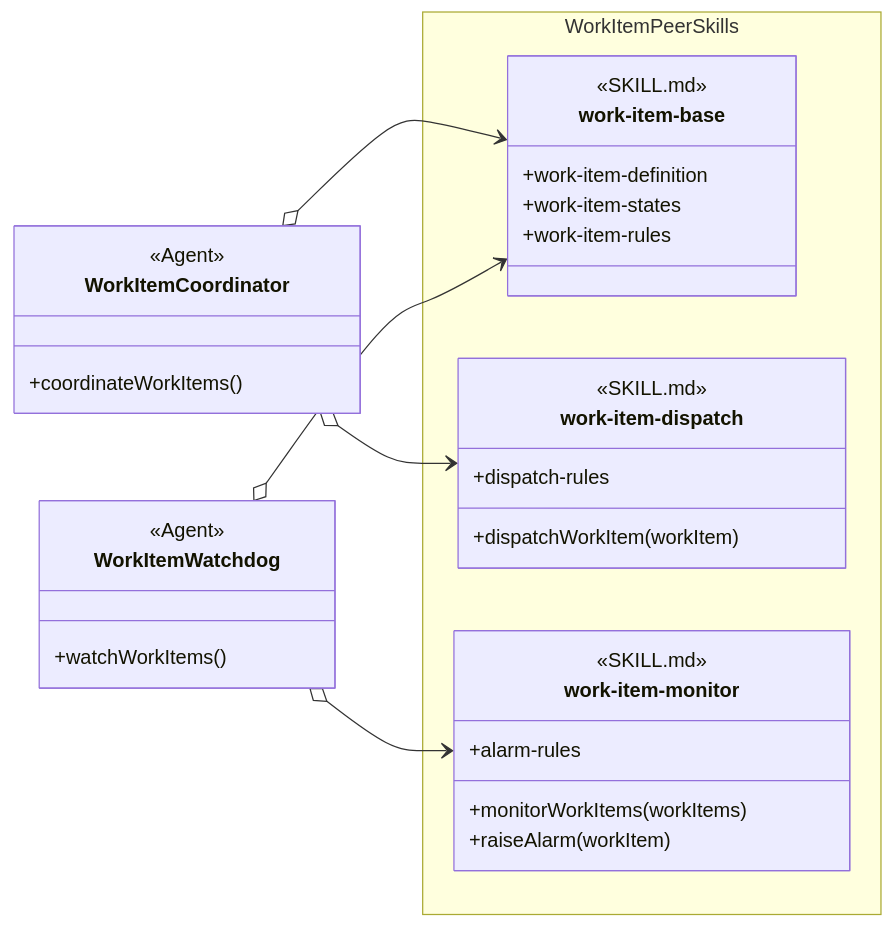
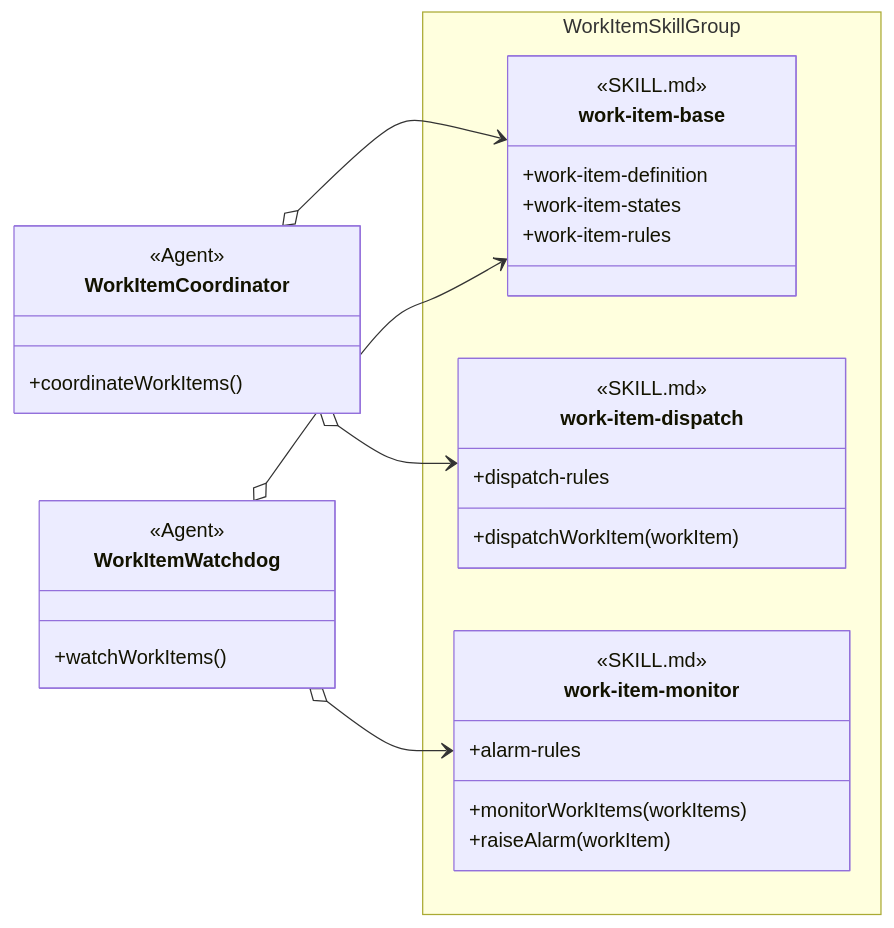
Before and after one commit to martinbechard/dev-methodology: the ninth of 16 diagrams in design/object-oriented-agent-and-skill-model.md, drawn with Mermaid. The commit also changed other lines of this file and 2 other files, not shown here.

Commit message:
docs: unify skill group representations

````diff
--- a/design/object-oriented-agent-and-skill-model.md
+++ b/design/object-oriented-agent-and-skill-model.md
@@ -397,44 +401,41 @@
 ```mermaid
 classDiagram
     direction LR
 
     class WorkItemCoordinator {
         <<Agent>>
         +coordinateWorkItems()
     }
 
     class WorkItemWatchdog {
         <<Agent>>
         +watchWorkItems()
     }
 
-    namespace WorkItemPeerSkills {
+    namespace WorkItemSkillGroup {
         class work-item-base {
             <<SKILL.md>>
-            <<Peer Skill>>
             +work-item-definition
             +work-item-states
             +work-item-rules
         }
 
         class work-item-dispatch {
             <<SKILL.md>>
-            <<Peer Skill>>
             +dispatchWorkItem(workItem)
             +dispatch-rules
         }
 
         class work-item-monitor {
             <<SKILL.md>>
-            <<Peer Skill>>
             +monitorWorkItems(workItems)
             +raiseAlarm(workItem)
             +alarm-rules
         }
     }
 
     WorkItemCoordinator o--> work-item-base
     WorkItemCoordinator o--> work-item-dispatch
     WorkItemWatchdog o--> work-item-base
     WorkItemWatchdog o--> work-item-monitor
 ```
````
